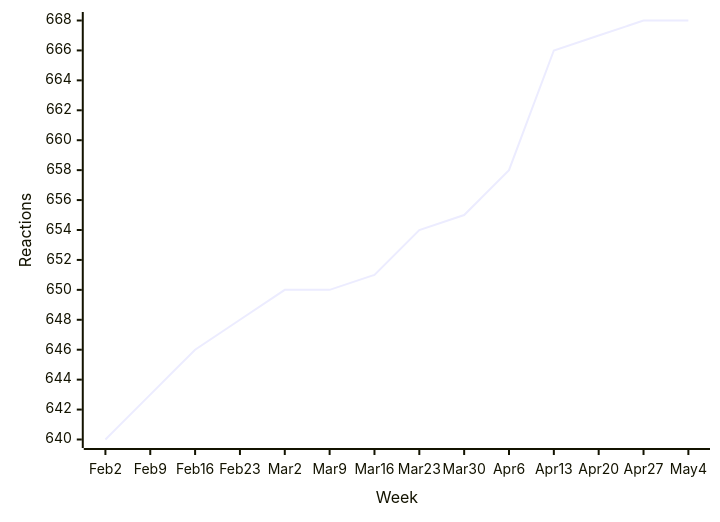
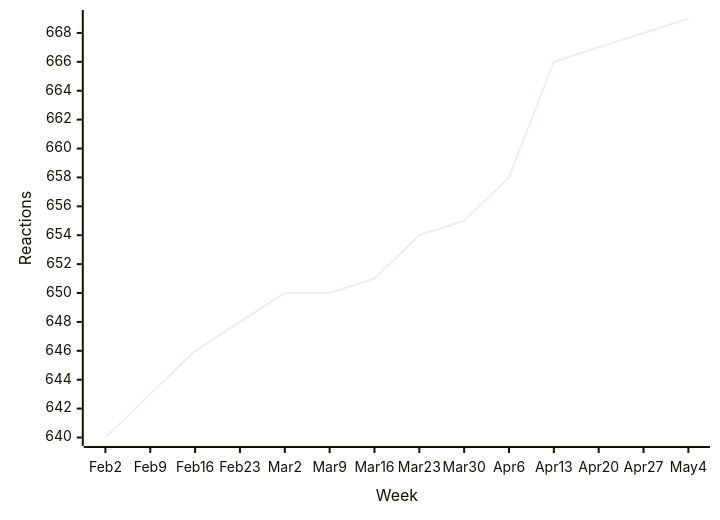
Before and after one commit to loic-sharma/github-insights: the fourth of 57 diagrams in README.md, drawn with Mermaid. The commit also changed other lines of this file and 2 other files, not shown here.

````diff
--- a/README.md
+++ b/README.md
@@ -390,6 +390,6 @@
   ```mermaid
   xychart-beta
     x-axis "Week" [Feb 2, Feb 9, Feb 16, Feb 23, Mar 2, Mar 9, Mar 16, Mar 23, Mar 30, Apr 6, Apr 13, Apr 20, Apr 27, May 4]
     y-axis "Reactions"
-    line [640, 643, 646, 648, 650, 650, 651, 654, 655, 658, 666, 667, 668, 668]
+    line [640, 643, 646, 648, 650, 650, 651, 654, 655, 658, 666, 667, 668, 669]
   ```
````
